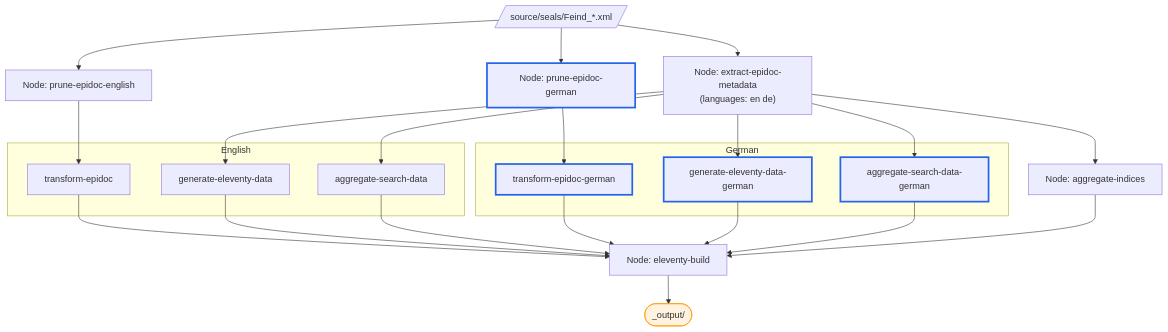
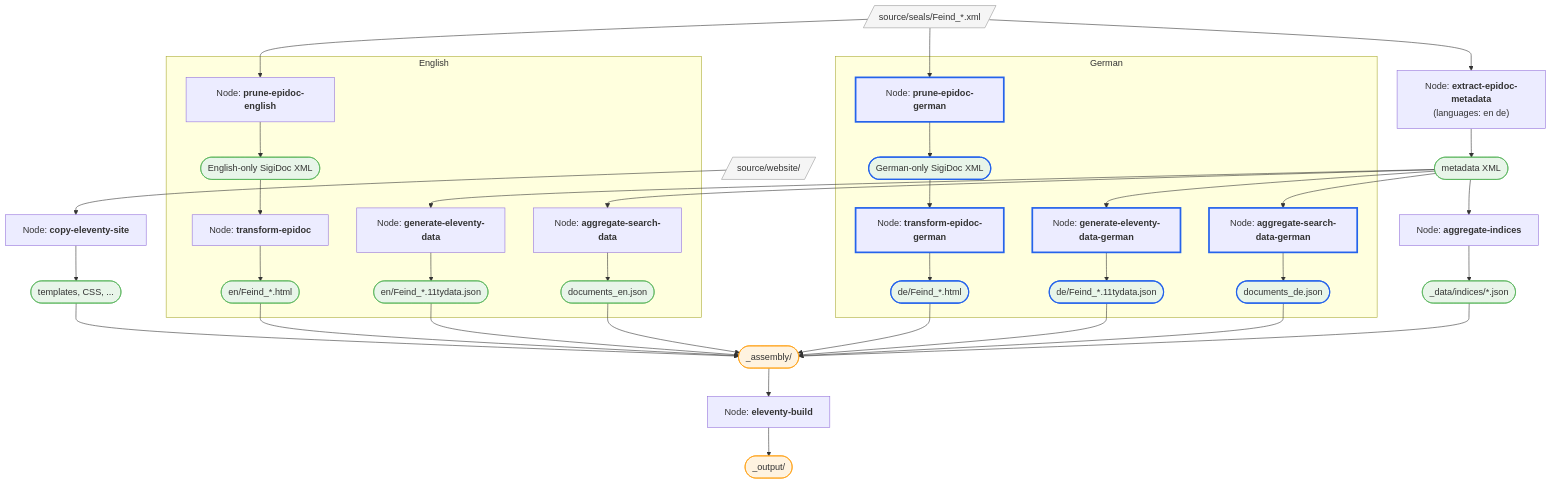
The fourth of 4 diagrams in docs/tutorial/multi-language.md (olvidalo/efes-ng-prototype), drawn with Mermaid before and after one commit. The commit also changed other lines of this file and 113 other files, not shown here.

````diff
--- a/docs/tutorial/multi-language.md
+++ b/docs/tutorial/multi-language.md
@@ -570,48 +980,92 @@
 ```mermaid
 flowchart TD
     seals[/"source/seals/Feind_*.xml"/]
+    templates[/"source/website/"/]
 
-    prune_en["Node: prune-epidoc-english"]
-    prune_de["Node: prune-epidoc-german"]
-    extract["Node: extract-epidoc-metadata\n(languages: en de)"]
+    extract["Node: <b>extract-epidoc-metadata</b>\n(languages: en de)"]
+    meta(["metadata XML"])
+    agg["Node: <b>aggregate-indices</b>"]
+    idxjson(["_data/indices/*.json"])
+    copy["Node: <b>copy-eleventy-site</b>"]
+    site(["templates, CSS, ..."])
 
     subgraph "English"
-        transform_en["transform-epidoc"]
-        data_en["generate-eleventy-data"]
-        search_en["aggregate-search-data"]
+        prune_en["Node: <b>prune-epidoc-english</b>"]
+        pruned_en(["English-only SigiDoc XML"])
+        transform_en["Node: <b>transform-epidoc</b>"]
+        html_en(["en/Feind_*.html"])
+        data_en["Node: <b>generate-eleventy-data</b>"]
+        json_en(["en/Feind_*.11tydata.json"])
+        search_en["Node: <b>aggregate-search-data</b>"]
+        searchjson_en(["documents_en.json"])
+        prune_en --> pruned_en --> transform_en --> html_en
+        data_en --> json_en
+        search_en --> searchjson_en
     end
 
     subgraph "German"
-        transform_de["transform-epidoc-german"]
-        data_de["generate-eleventy-data-german"]
-        search_de["aggregate-search-data-german"]
+        prune_de["Node: <b>prune-epidoc-german</b>"]
+        pruned_de(["German-only SigiDoc XML"])
+        transform_de["Node: <b>transform-epidoc-german</b>"]
+        html_de(["de/Feind_*.html"])
+        data_de["Node: <b>generate-eleventy-data-german</b>"]
+        json_de(["de/Feind_*.11tydata.json"])
+        search_de["Node: <b>aggregate-search-data-german</b>"]
+        searchjson_de(["documents_de.json"])
+        prune_de --> pruned_de --> transform_de --> html_de
+        data_de --> json_de
+        search_de --> searchjson_de
     end
 
-    agg["Node: aggregate-indices"]
-    build["Node: eleventy-build"]
+    assembly(["_assembly/"])
+    build["Node: <b>eleventy-build</b>"]
     output(["_output/"])
 
-    seals --> prune_en --> transform_en
-    seals --> prune_de --> transform_de
-    seals --> extract
-    extract --> data_en
-    extract --> data_de
-    extract --> agg
-    extract --> search_en
-    extract --> search_de
+    seals --> prune_en
+    seals --> prune_de
+    seals --> extract --> meta
+    meta --> data_en
+    meta --> data_de
+    meta --> agg --> idxjson
+    meta --> search_en
+    meta --> search_de
+    templates --> copy --> site
 
-    transform_en --> build
-    data_en --> build
-    search_en --> build
-    transform_de --> build
-    data_de --> build
-    search_de --> build
-    agg --> build
-    build --> output
+    html_en --> assembly
+    html_de --> assembly
+    json_en --> assembly
+    json_de --> assembly
+    idxjson --> assembly
+    searchjson_en --> assembly
+    searchjson_de --> assembly
+    site --> assembly
+    assembly --> build --> output
+
+    style seals fill:#f5f5f5,stroke:#999
+    style templates fill:#f5f5f5,stroke:#999
+
+    style pruned_en fill:#e8f5e9,stroke:#4caf50
+    style html_en fill:#e8f5e9,stroke:#4caf50
+    style meta fill:#e8f5e9,stroke:#4caf50
+    style json_en fill:#e8f5e9,stroke:#4caf50
+    style idxjson fill:#e8f5e9,stroke:#4caf50
+    style searchjson_en fill:#e8f5e9,stroke:#4caf50
+    style site fill:#e8f5e9,stroke:#4caf50
+
+    style pruned_de fill:#e8f5e9,stroke:#4caf50
+    style html_de fill:#e8f5e9,stroke:#4caf50
+    style json_de fill:#e8f5e9,stroke:#4caf50
+    style searchjson_de fill:#e8f5e9,stroke:#4caf50
+
+    style assembly fill:#fff3e0,stroke:#ff9800
+    style output fill:#fff3e0,stroke:#ff9800
 
     style prune_de stroke:#2563eb,stroke-width:3px
     style transform_de stroke:#2563eb,stroke-width:3px
     style data_de stroke:#2563eb,stroke-width:3px
     style search_de stroke:#2563eb,stroke-width:3px
-    style output fill:#fff3e0,stroke:#ff9800
+    style pruned_de stroke:#2563eb,stroke-width:2px
+    style html_de stroke:#2563eb,stroke-width:2px
+    style json_de stroke:#2563eb,stroke-width:2px
+    style searchjson_de stroke:#2563eb,stroke-width:2px
 ```
````
